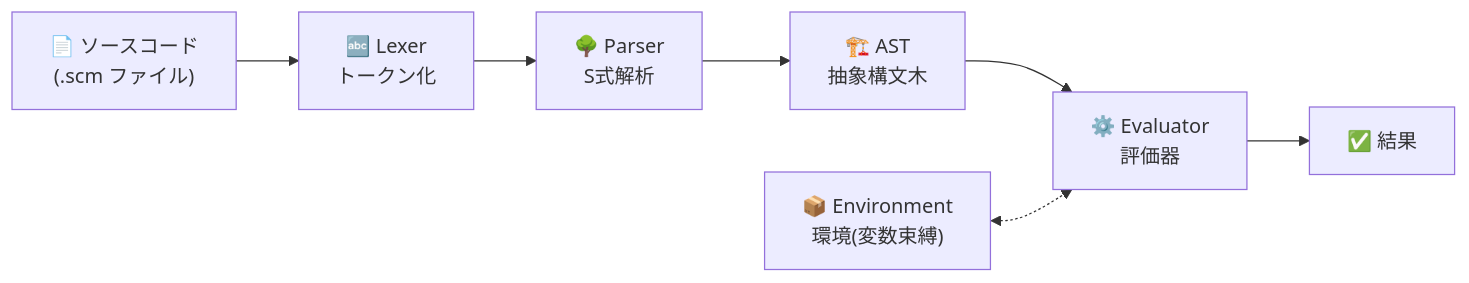
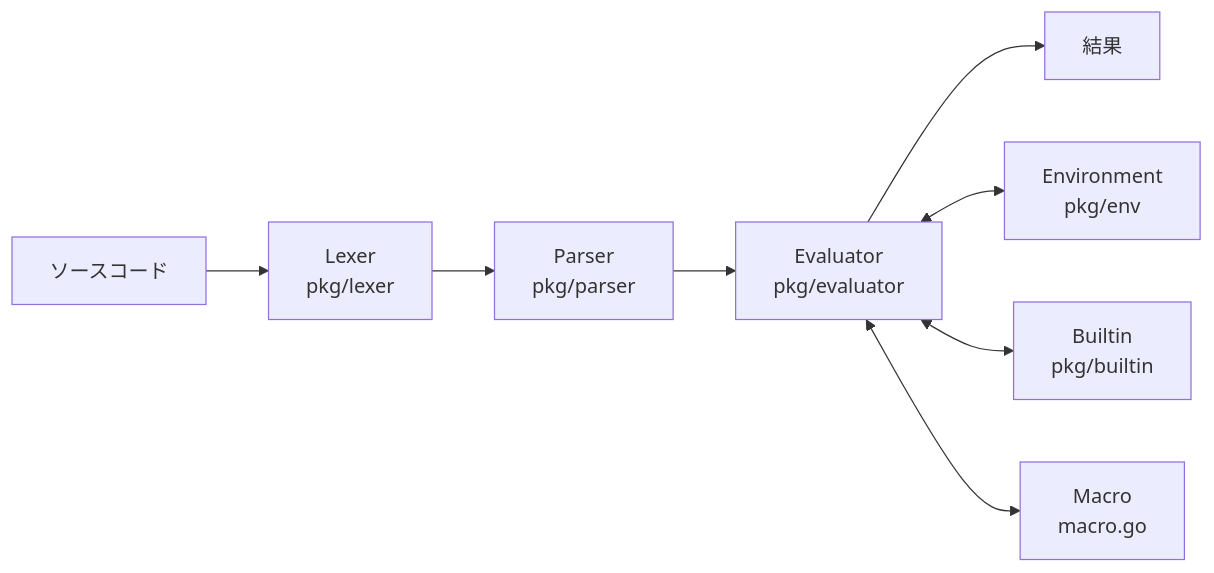
One commit to suchi/sucheme-go changed the diagram in README.md. Above: the diagram before and after it, drawn with Mermaid. The commit also changed other lines of this file and 11 other files, not shown here.

````diff
--- a/README.md
+++ b/README.md
@@ -26,13 +29,10 @@
 ```mermaid
 flowchart LR
-    Source["📄 ソースコード\n(.scm ファイル)"]
-    Lexer["🔤 Lexer\nトークン化"]
-    Parser["🌳 Parser\nS式解析"]
-    AST["🏗️ AST\n抽象構文木"]
-    Evaluator["⚙️ Evaluator\n評価器"]
-    Result["✅ 結果"]
-    Env["📦 Environment\n環境(変数束縛)"]
-
-    Source --> Lexer --> Parser --> AST --> Evaluator --> Result
-    Env <-.-> Evaluator
+    Source["ソースコード"] --> Lexer["Lexer<br/>pkg/lexer"]
+    Lexer --> Parser["Parser<br/>pkg/parser"]
+    Parser --> Evaluator["Evaluator<br/>pkg/evaluator"]
+    Evaluator --> Result["結果"]
+    Evaluator <--> Env["Environment<br/>pkg/env"]
+    Evaluator <--> Builtin["Builtin<br/>pkg/builtin"]
+    Evaluator <--> Macro["Macro<br/>macro.go"]
 ```
````
